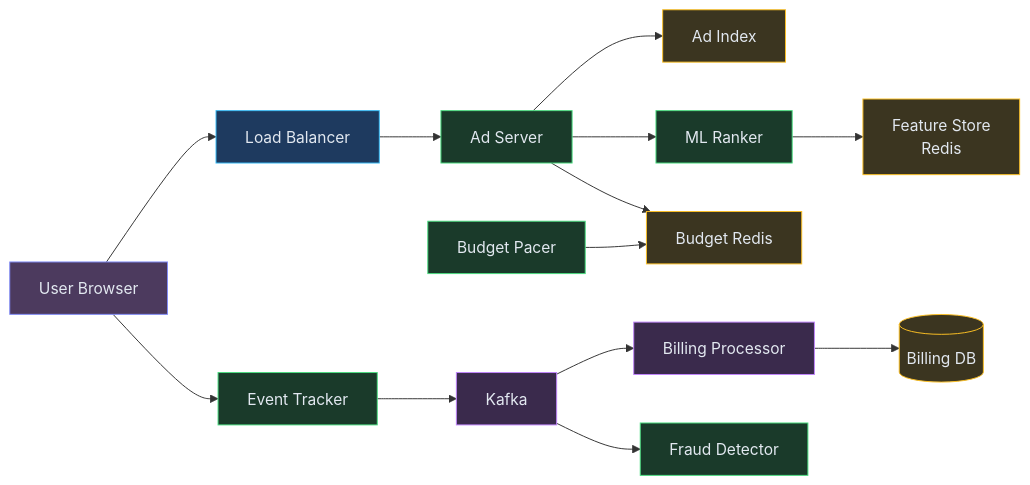
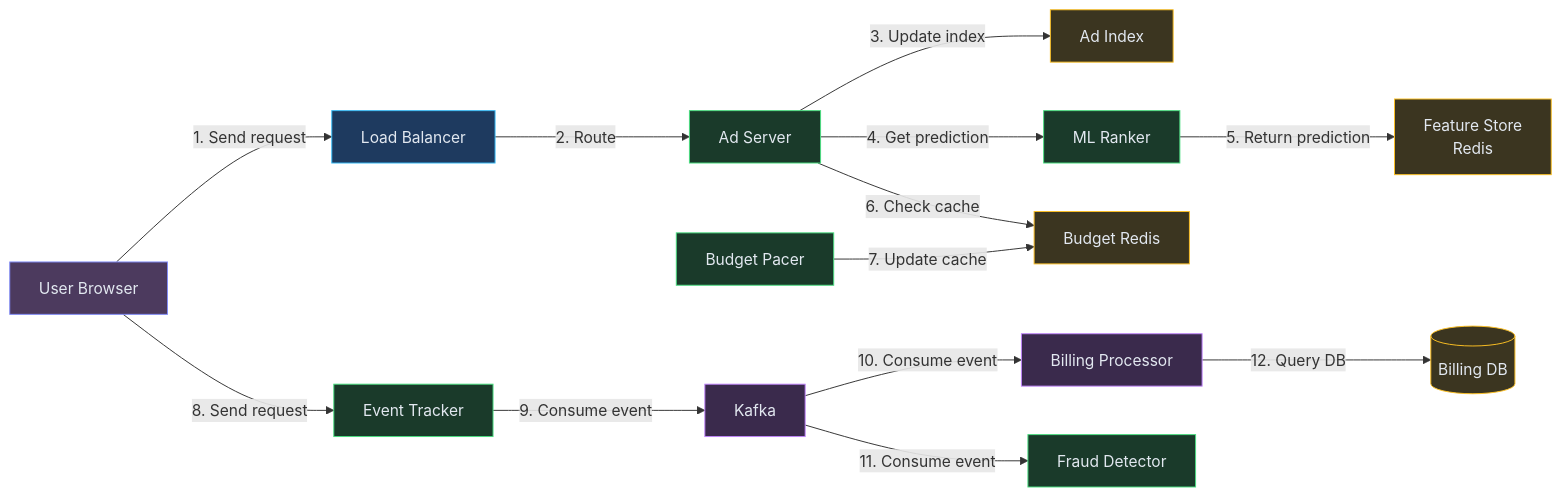
The sixth of 6 diagrams in content/hld/AdSystem.md (iluzn/HLD-Designs), drawn with Mermaid before and after one commit. The commit also changed other lines of this file and 27 other files, not shown here.

````diff
--- a/content/hld/AdSystem.md
+++ b/content/hld/AdSystem.md
@@ -357,35 +357,35 @@
 ```mermaid
 flowchart LR
     USER["User Browser"]:::client
     LB["Load Balancer"]:::edge
     ADSERV["Ad Server"]:::service
     INDEX["Ad Index"]:::data
     ML["ML Ranker"]:::service
     FEATURES["Feature Store<br/>Redis"]:::data
     BUDGET["Budget Redis"]:::data
     PACER["Budget Pacer"]:::service
     TRACKER["Event Tracker"]:::service
     KAFKA["Kafka"]:::async
     BILLING["Billing Processor"]:::async
     FRAUD["Fraud Detector"]:::service
     BILLDB[("Billing DB")]:::data
 
-    USER --> LB
-    LB --> ADSERV
-    ADSERV --> INDEX
-    ADSERV --> ML
-    ML --> FEATURES
-    ADSERV --> BUDGET
-    PACER --> BUDGET
-    USER --> TRACKER
-    TRACKER --> KAFKA
-    KAFKA --> BILLING
-    KAFKA --> FRAUD
-    BILLING --> BILLDB
+    USER -->|"1. Send request"| LB
+    LB -->|"2. Route"| ADSERV
+    ADSERV -->|"3. Update index"| INDEX
+    ADSERV -->|"4. Get prediction"| ML
+    ML -->|"5. Return prediction"| FEATURES
+    ADSERV -->|"6. Check cache"| BUDGET
+    PACER -->|"7. Update cache"| BUDGET
+    USER -->|"8. Send request"| TRACKER
+    TRACKER -->|"9. Consume event"| KAFKA
+    KAFKA -->|"10. Consume event"| BILLING
+    KAFKA -->|"11. Consume event"| FRAUD
+    BILLING -->|"12. Query DB"| BILLDB
 
     classDef client fill:#4c3a5e,stroke:#818cf8,color:#e2e8f0
     classDef edge fill:#1e3a5f,stroke:#38bdf8,color:#e2e8f0
     classDef service fill:#1a3a2a,stroke:#4ade80,color:#e2e8f0
     classDef data fill:#3b3520,stroke:#fbbf24,color:#e2e8f0
     classDef async fill:#3a2a4c,stroke:#c084fc,color:#e2e8f0
 ```
````
